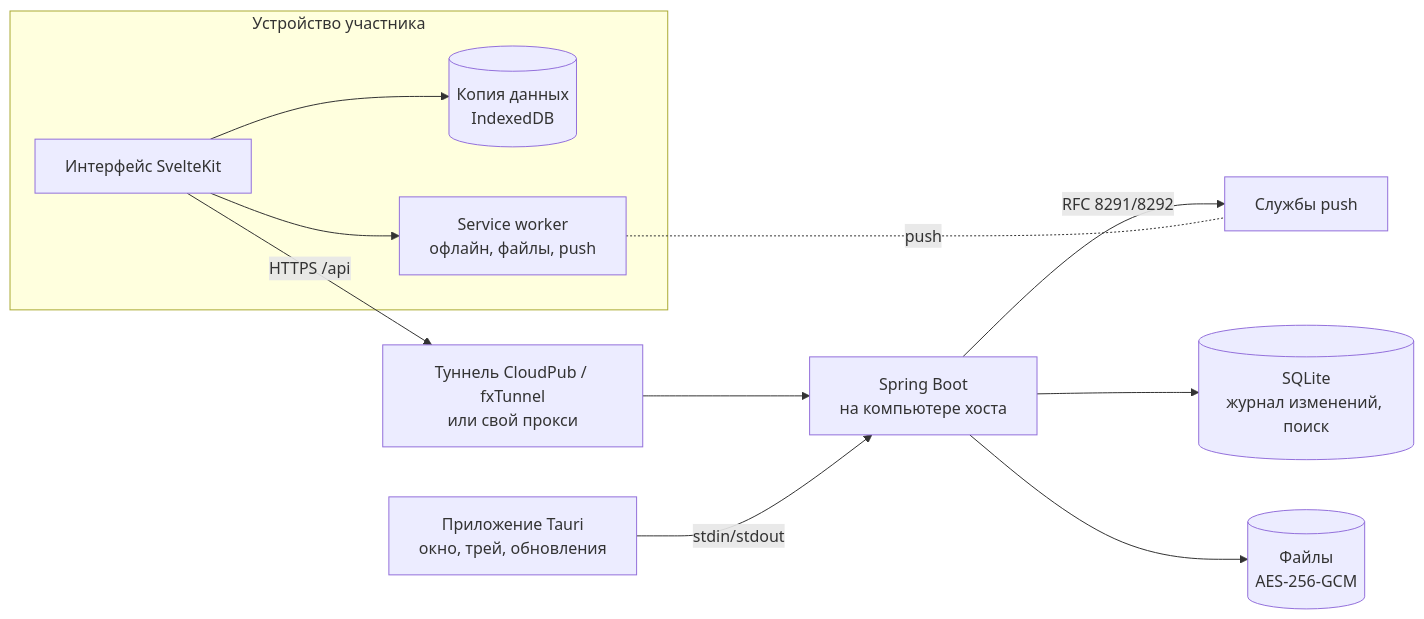
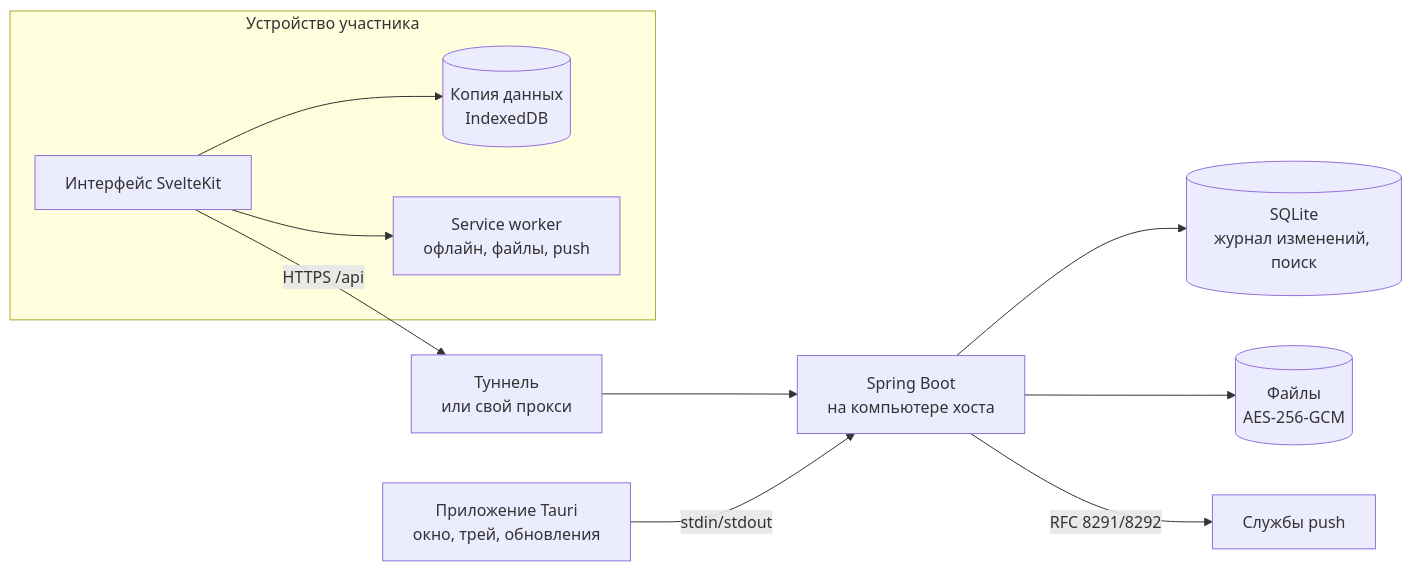
The second of 2 diagrams in README.md (mitaro-cs/StorageSystem), drawn with Mermaid before and after one commit. The commit also changed other lines of this file and 348 other files, not shown here.

````diff
--- a/README.md
+++ b/README.md
@@ -550,14 +420,13 @@
 ```mermaid
 flowchart LR
   subgraph Устройство участника
     UI[Интерфейс SvelteKit] --> IDB[(Копия данных<br/>IndexedDB)]
     UI --> SW[Service worker<br/>офлайн, файлы, push]
   end
-  UI -- HTTPS /api --> TUN[Туннель CloudPub / fxTunnel<br/>или свой прокси]
+  UI -- HTTPS /api --> TUN[Туннель<br/>или свой прокси]
   TUN --> API[Spring Boot<br/>на компьютере хоста]
   SHELL[Приложение Tauri<br/>окно, трей, обновления] -- stdin/stdout --> API
   API --> DB[(SQLite<br/>журнал изменений, поиск)]
   API --> FILES[(Файлы<br/>AES-256-GCM)]
   API -- RFC 8291/8292 --> PUSH[Службы push]
-  SW -. push .- PUSH
 ```
````
